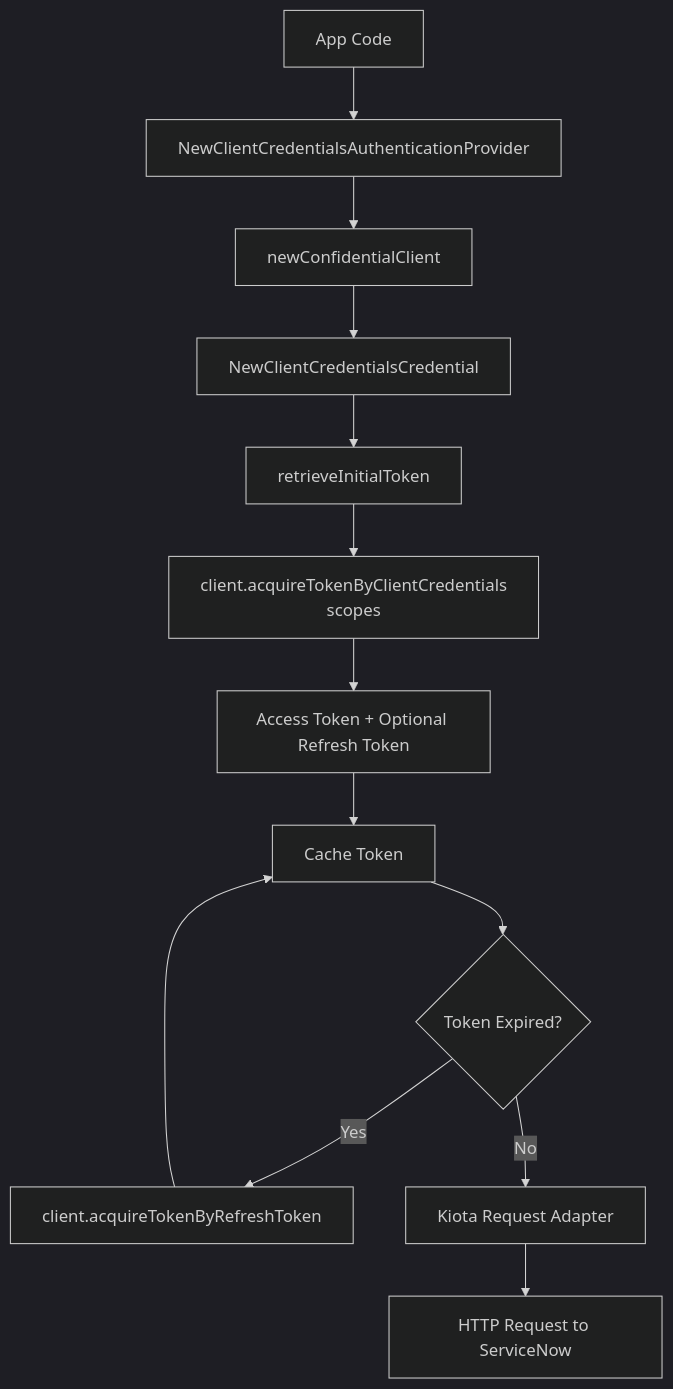
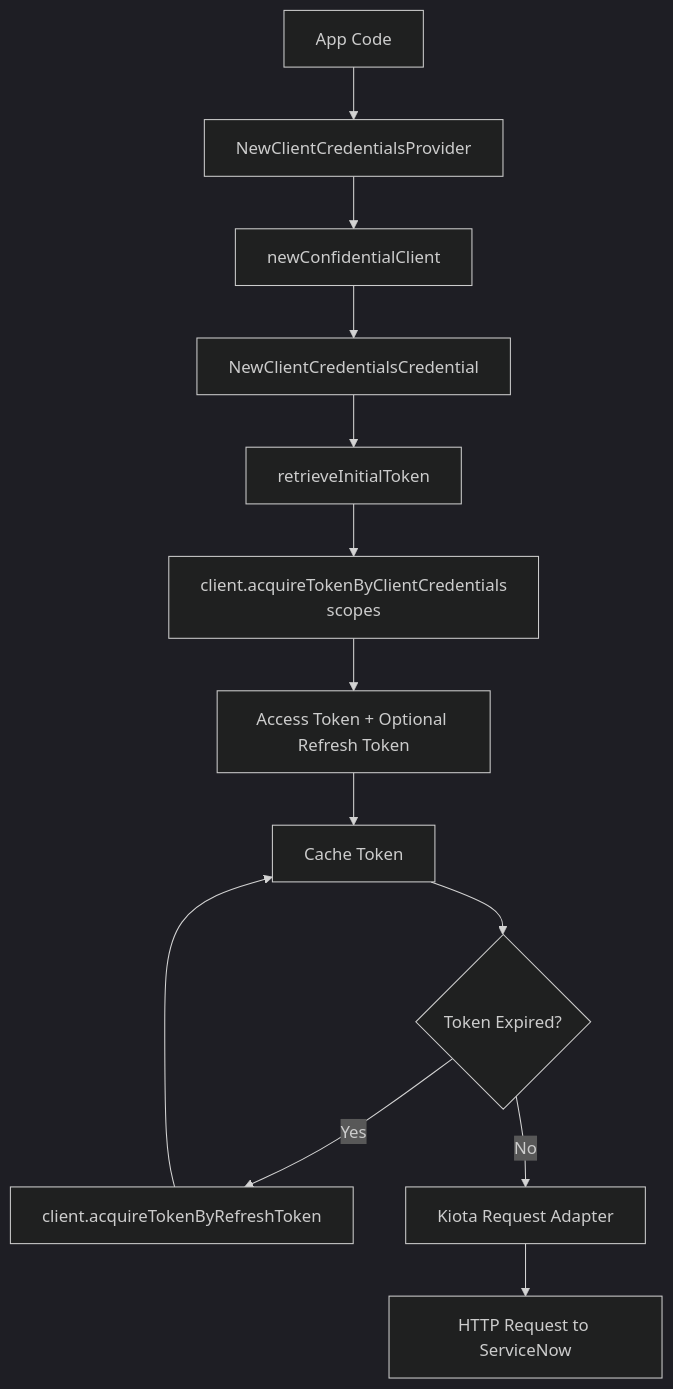
One commit to michaeldcanady/servicenow-sdk-go changed the diagram in website/docs/user-guide/authentication/client-credentials.md. Above: the diagram before and after it, drawn with Mermaid (dark theme). The commit also changed other lines of this file and 16 other files, not shown here.

````diff
--- a/website/docs/user-guide/authentication/client-credentials.md
+++ b/website/docs/user-guide/authentication/client-credentials.md
@@ -25,21 +25,21 @@
 ```mermaid
 flowchart TD
-    A[App Code] --> B[NewClientCredentialsAuthenticationProvider]
+    A[App Code] --> B[NewClientCredentialsProvider]
     B --> C[newConfidentialClient]
     C --> D[NewClientCredentialsCredential]
 
     %% Initial Token Acquisition
     D --> E[retrieveInitialToken]
     E --> F[client.acquireTokenByClientCredentials<br/>scopes]
     F --> G[Access Token + Optional Refresh Token]
     G --> H[Cache Token]
 
     %% Refresh Flow
     H --> I{Token Expired?}
     I -->|Yes| J[client.acquireTokenByRefreshToken]
     J --> H
     I -->|No| K[Kiota Request Adapter]
 
     %% Request Pipeline
     K --> L[HTTP Request to ServiceNow]
 ```
````
